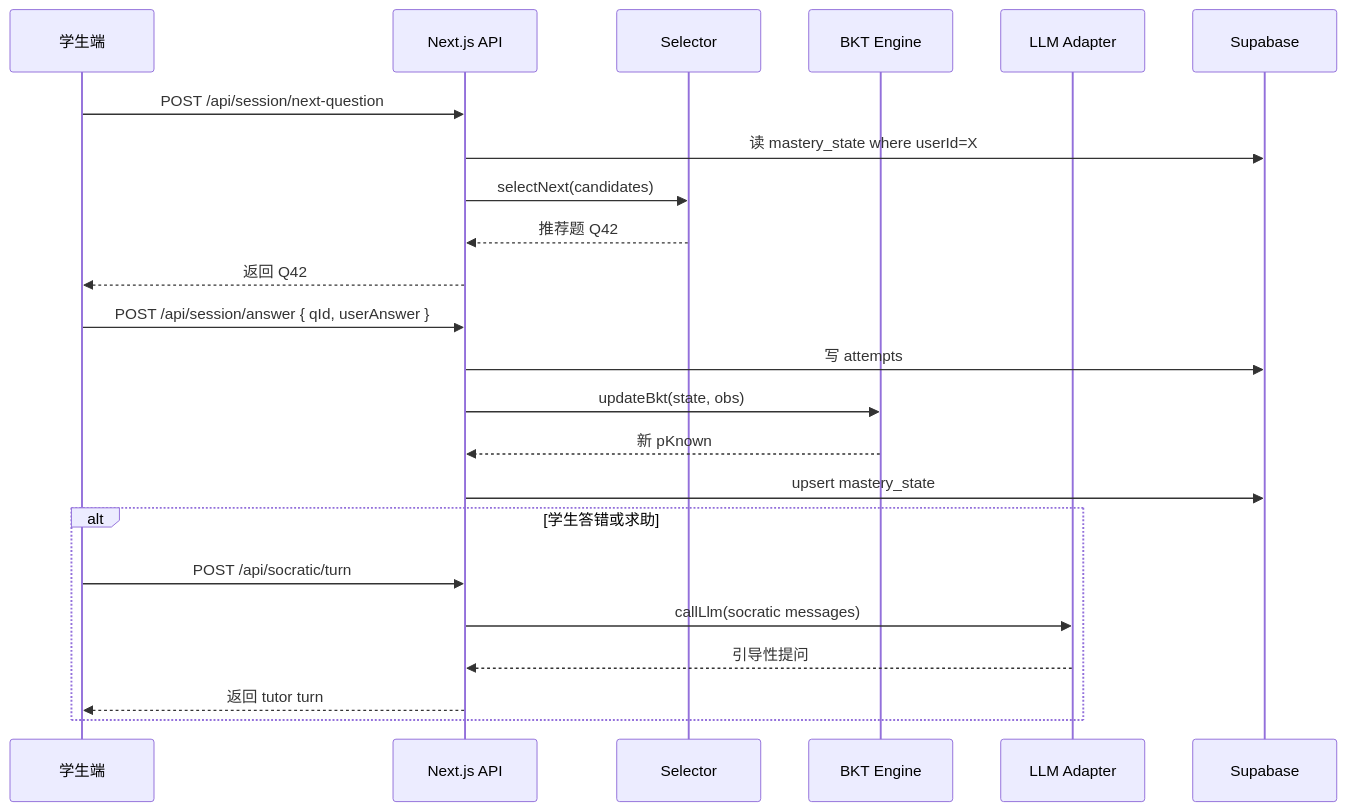
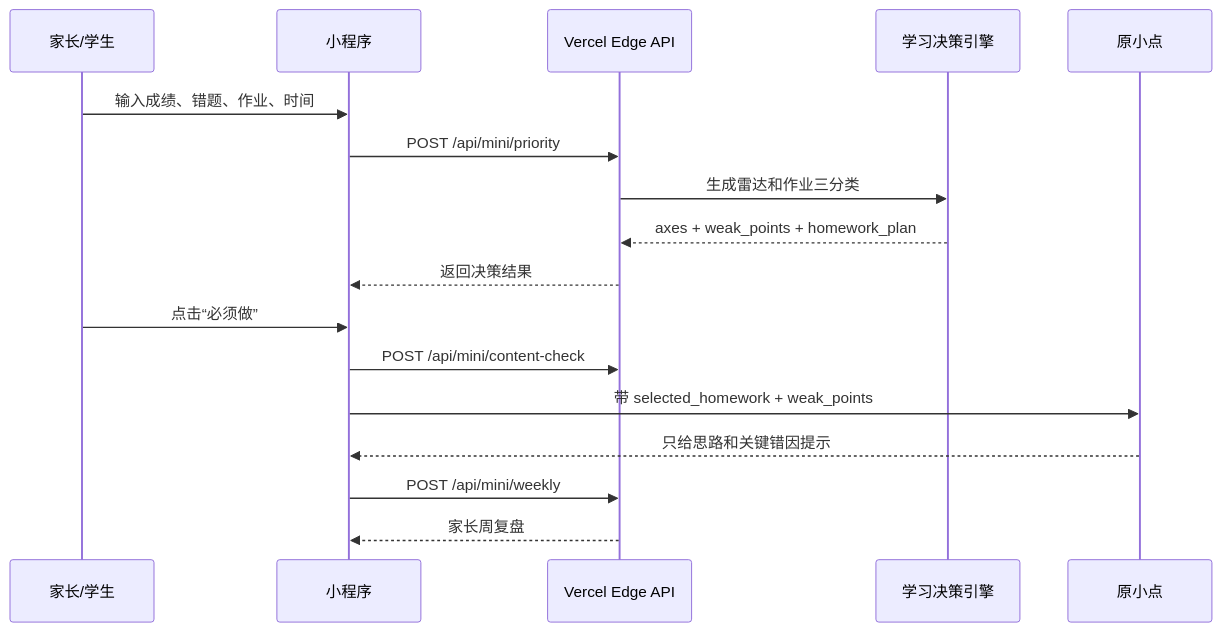
Before and after one commit to zacharyxpku-boop/ai-edu-platform: the second of 2 diagrams in docs/ARCHITECTURE.md, drawn with Mermaid. The commit also changed other lines of this file and 13 other files, not shown here.

````diff
--- a/docs/ARCHITECTURE.md
+++ b/docs/ARCHITECTURE.md
@@ -49,28 +54,20 @@
 ```mermaid
 sequenceDiagram
-  participant S as 学生端
-  participant API as Next.js API
-  participant SEL as Selector
-  participant BKT as BKT Engine
-  participant LLM as LLM Adapter
-  participant DB as Supabase
+  participant U as 家长/学生
+  participant MP as 小程序
+  participant API as Vercel Edge API
+  participant Engine as 学习决策引擎
+  participant Tutor as 原小点
 
-  S->>API: POST /api/session/next-question
-  API->>DB: 读 mastery_state where userId=X
-  API->>SEL: selectNext(candidates)
-  SEL-->>API: 推荐题 Q42
-  API-->>S: 返回 Q42
-
-  S->>API: POST /api/session/answer { qId, userAnswer }
-  API->>DB: 写 attempts
-  API->>BKT: updateBkt(state, obs)
-  BKT-->>API: 新 pKnown
-  API->>DB: upsert mastery_state
-
-  alt 学生答错或求助
-    S->>API: POST /api/socratic/turn
-    API->>LLM: callLlm(socratic messages)
-    LLM-->>API: 引导性提问
-    API-->>S: 返回 tutor turn
-  end
+  U->>MP: 输入成绩、错题、作业、时间
+  MP->>API: POST /api/mini/priority
+  API->>Engine: 生成雷达和作业三分类
+  Engine-->>API: axes + weak_points + homework_plan
+  API-->>MP: 返回决策结果
+  U->>MP: 点击“必须做”
+  MP->>API: POST /api/mini/content-check
+  MP->>Tutor: 带 selected_homework + weak_points
+  Tutor-->>MP: 只给思路和关键错因提示
+  MP->>API: POST /api/mini/weekly
+  API-->>MP: 家长周复盘
 ```
````
